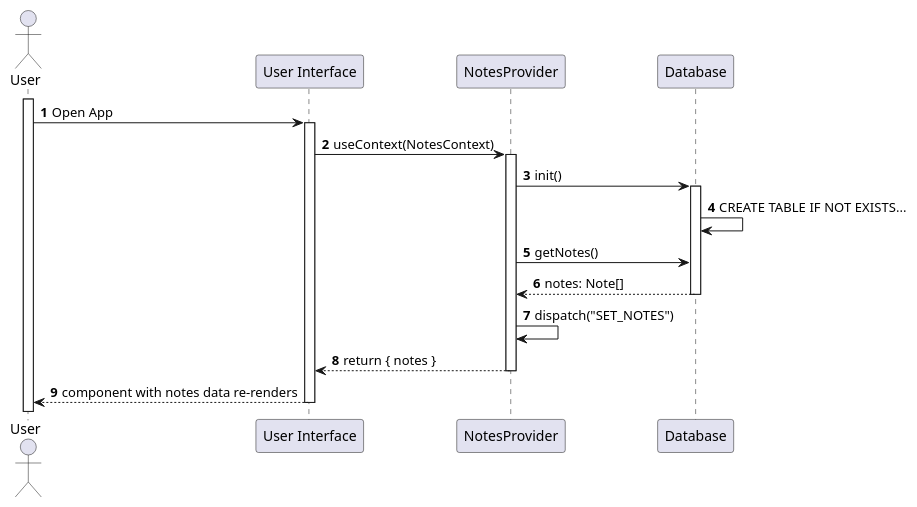
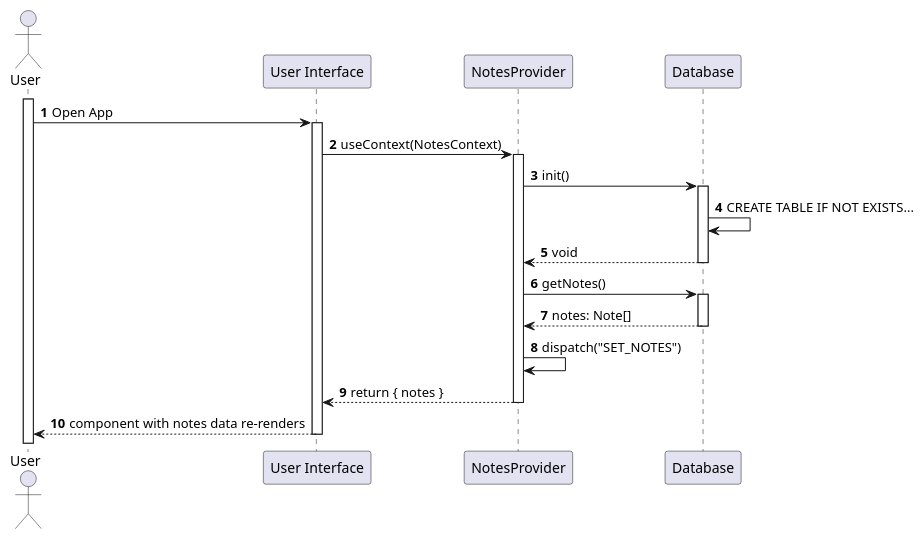
Before and after one commit to isneru/DSSMV_ProjectReact_1240567_1241692: the diagram in docs/UC02/puml/SD.puml, drawn with PlantUML. The commit also changed 11 other files, not shown here.

Commit message:
diagrams last touches

```diff
--- a/docs/UC02/puml/SD.puml
+++ b/docs/UC02/puml/SD.puml
@@ -1,32 +1,34 @@
 @startuml SD
 autonumber
 
 actor "User" as User
 participant "User Interface" as UI
 participant "NotesProvider" as Context
 participant "Database" as DB
 
 activate User
 User -> UI : Open App
 activate UI
 
 UI -> Context : useContext(NotesContext)
 activate Context
 
 Context -> DB : init()
 activate DB
 DB -> DB : CREATE TABLE IF NOT EXISTS...
+DB --> Context : void
+deactivate DB
 
 Context -> DB : getNotes()
-
+activate DB
 DB --> Context : notes: Note[]
 deactivate DB
 
 Context -> Context : dispatch("SET_NOTES")
 Context --> UI : return { notes }
 deactivate Context
 
 UI --> User : component with notes data re-renders
 deactivate UI
 
 @enduml 
```
